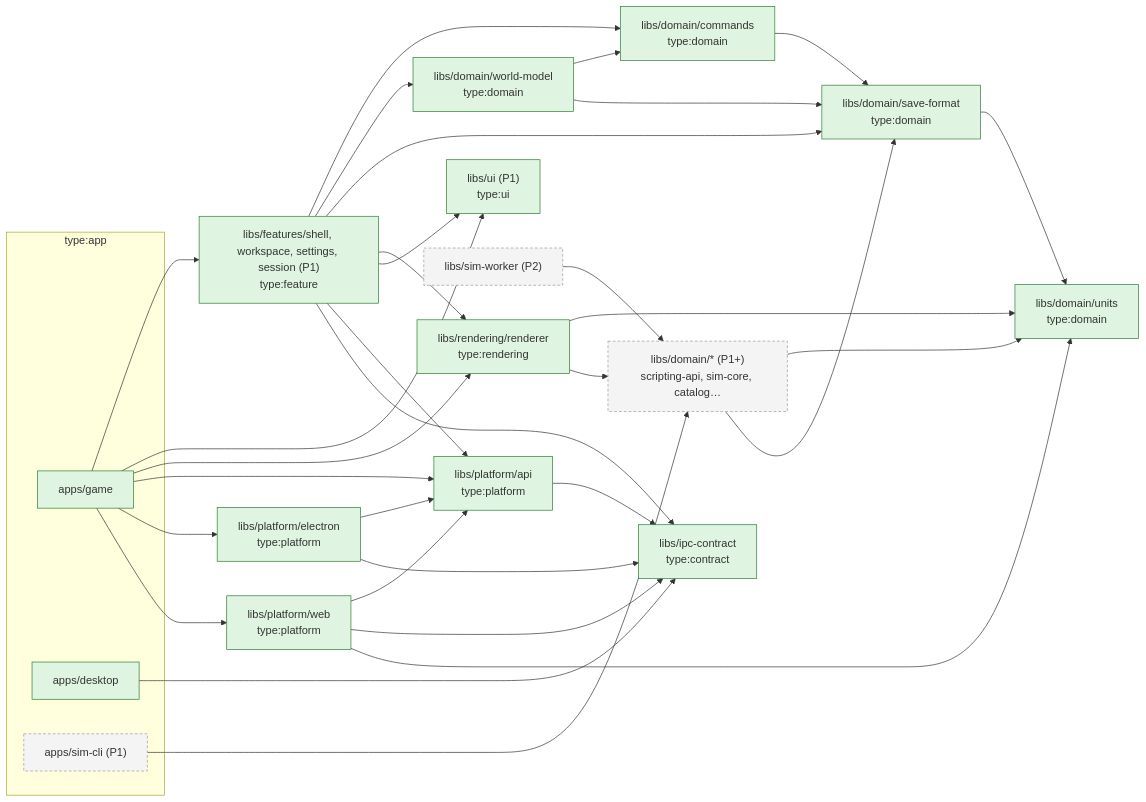
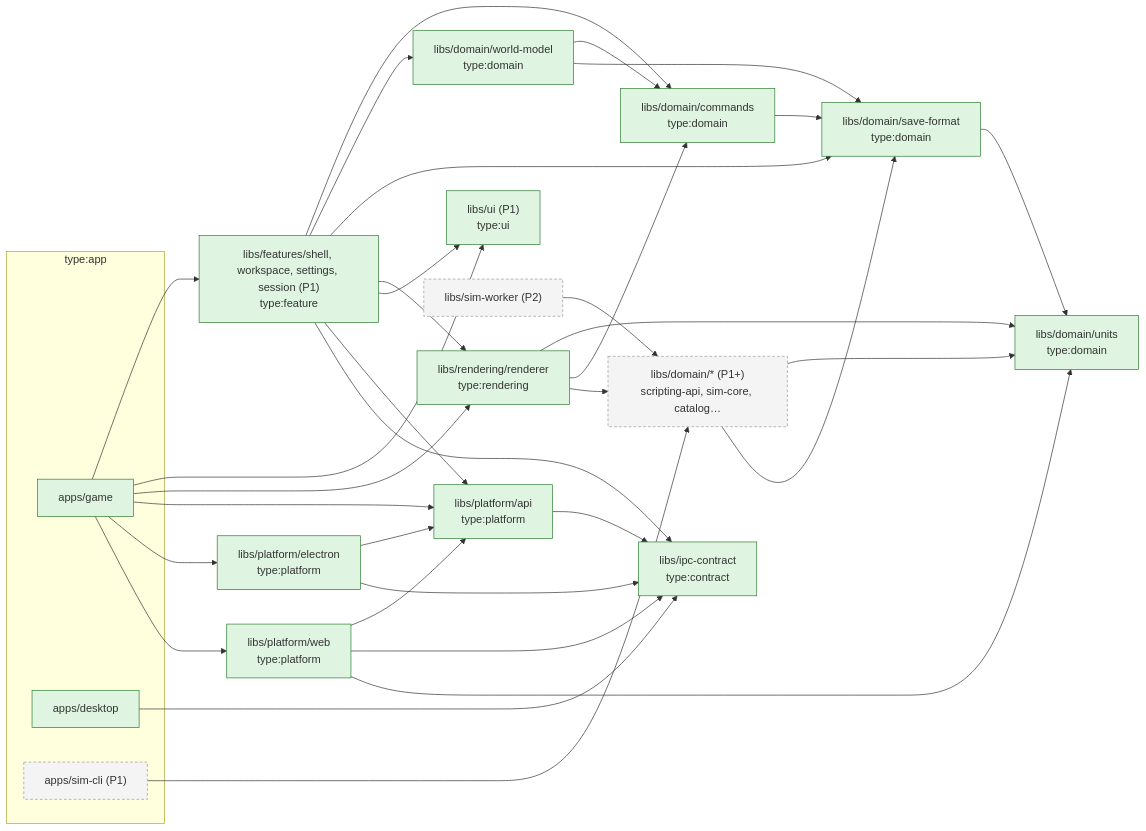
Before and after one commit to joebarbere/controls: the second of 3 diagrams in docs/architecture/overview.md, drawn with Mermaid. The commit also changed other lines of this file and 50 other files, not shown here.

````diff
--- a/docs/architecture/overview.md
+++ b/docs/architecture/overview.md
@@ -61,40 +63,40 @@
 ```mermaid
 flowchart LR
     classDef p0 fill:#dff5e1,stroke:#2e7d32;
     classDef later fill:#f4f4f4,stroke:#999,stroke-dasharray: 4 3;
 
     subgraph apps["type:app"]
         GAME["apps/game"]:::p0
         DESK["apps/desktop"]:::p0
         SIMCLI["apps/sim-cli (P1)"]:::later
     end
 
     FEAT["libs/features/shell, workspace, settings, session (P1)<br/>type:feature"]:::p0
     UI["libs/ui (P1)<br/>type:ui"]:::p0
     REND["libs/rendering/renderer<br/>type:rendering"]:::p0
     PAPI["libs/platform/api<br/>type:platform"]:::p0
     PEL["libs/platform/electron<br/>type:platform"]:::p0
     PWEB["libs/platform/web<br/>type:platform"]:::p0
     IPC["libs/ipc-contract<br/>type:contract"]:::p0
     UNITS["libs/domain/units<br/>type:domain"]:::p0
     SF["libs/domain/save-format<br/>type:domain"]:::p0
     CMDS["libs/domain/commands<br/>type:domain"]:::p0
     WM["libs/domain/world-model<br/>type:domain"]:::p0
     DOM["libs/domain/* (P1+)<br/>scripting-api, sim-core, catalog…"]:::later
     WORKER["libs/sim-worker (P2)"]:::later
 
     GAME --> FEAT & UI & REND & PAPI & PEL & PWEB
     DESK --> IPC
     SIMCLI --> DOM
     FEAT --> CMDS & WM & SF & REND & UI & PAPI & IPC
-    REND --> UNITS & DOM
+    REND --> UNITS & CMDS & DOM
     PAPI --> IPC
     PEL --> PAPI & IPC
     PWEB --> PAPI & IPC & UNITS
     WORKER --> DOM
     DOM --> UNITS
     SF --> UNITS
     CMDS --> SF
     WM --> CMDS & SF
     DOM --> SF
 ```
````
